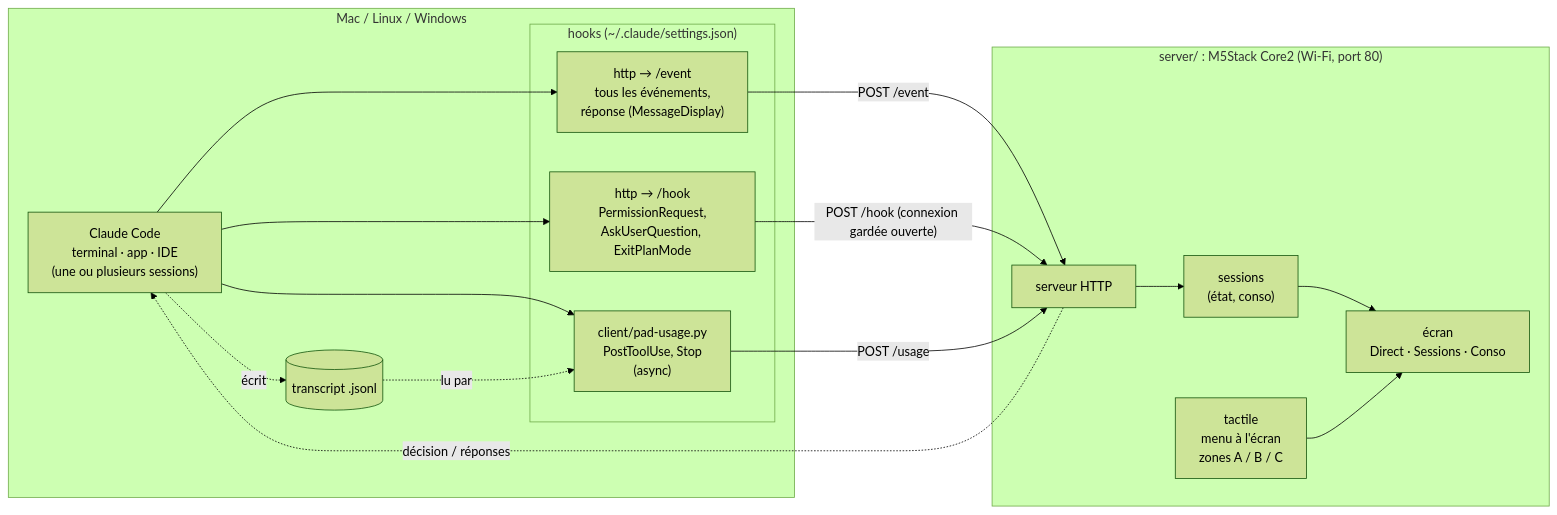
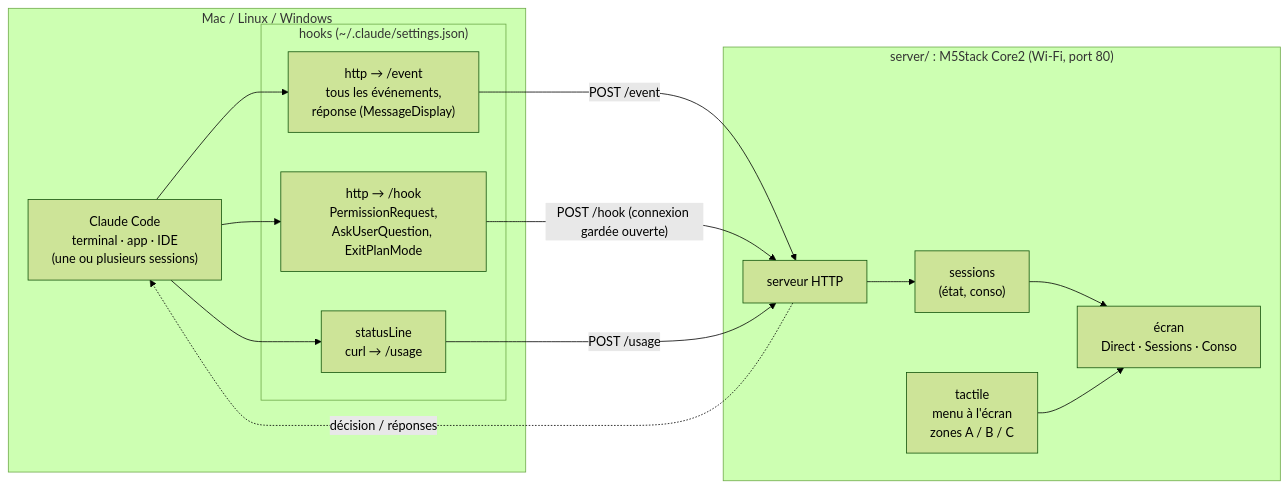
Before and after one commit to suchalouis/claude-device: the first of 2 diagrams in README.md, drawn with Mermaid (forest theme). The commit also changed other lines of this file and 7 other files, not shown here.

First line of the commit message:
Client sans Python : conso via statusLine, installeurs sh et PowerShell

````diff
--- a/README.md
+++ b/README.md
@@ -27,29 +30,26 @@
 ```mermaid
 flowchart LR
   subgraph PC["Mac / Linux / Windows"]
     CC["Claude Code<br/>terminal · app · IDE<br/>(une ou plusieurs sessions)"]
-    T[("transcript .jsonl")]
     subgraph H["hooks (~/.claude/settings.json)"]
       E["http → /event<br/>tous les événements,<br/>réponse (MessageDisplay)"]
       P["http → /hook<br/>PermissionRequest,<br/>AskUserQuestion, ExitPlanMode"]
-      U["client/pad-usage.py<br/>PostToolUse, Stop<br/>(async)"]
+      U["statusLine<br/>curl → /usage"]
     end
     CC --> E & P & U
-    CC -.écrit.-> T
-    T -.lu par.-> U
   end
 
   subgraph PAD["server/ : M5Stack Core2 (Wi-Fi, port 80)"]
     W["serveur HTTP"]
     S["sessions<br/>(état, conso)"]
     V["écran<br/>Direct · Sessions · Conso"]
     TS["tactile<br/>menu à l'écran<br/>zones A / B / C"]
     W --> S --> V
     TS --> V
   end
 
   E -- "POST /event" --> W
   P -- "POST /hook (connexion gardée ouverte)" --> W
   U -- "POST /usage" --> W
   W -. "décision / réponses" .-> CC
 ```
````
